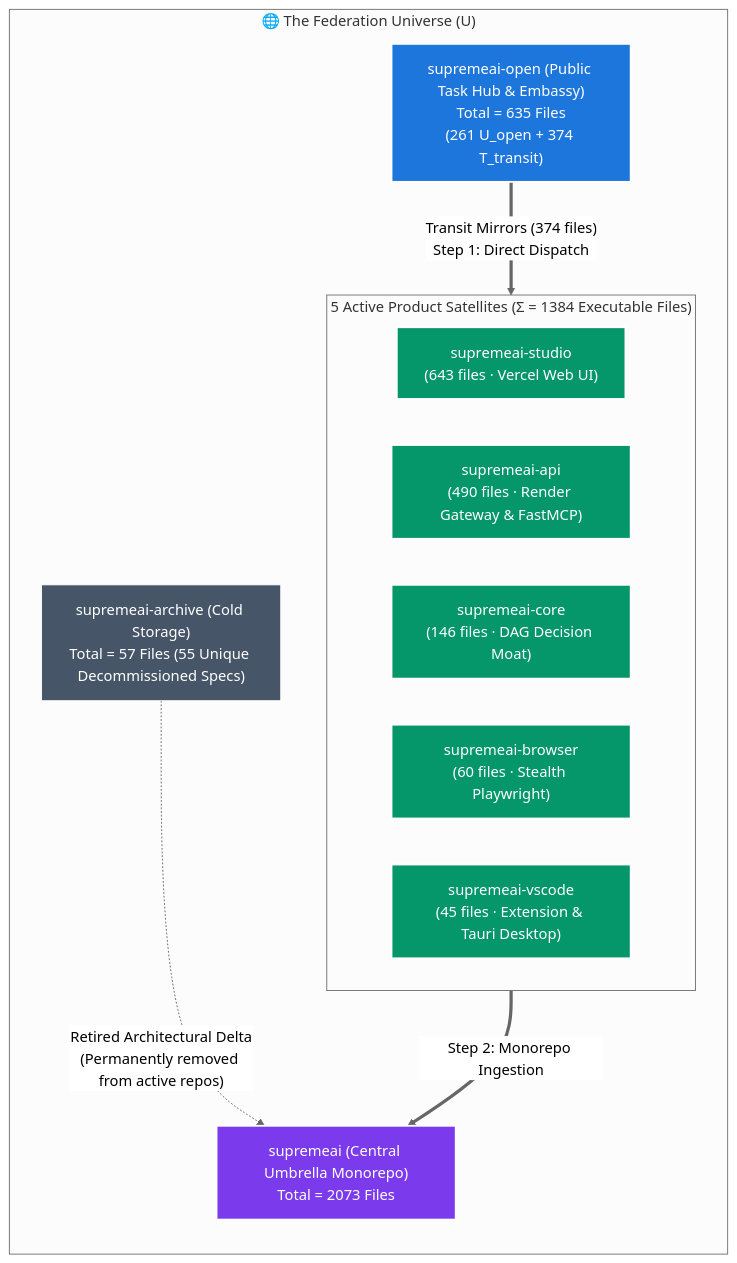
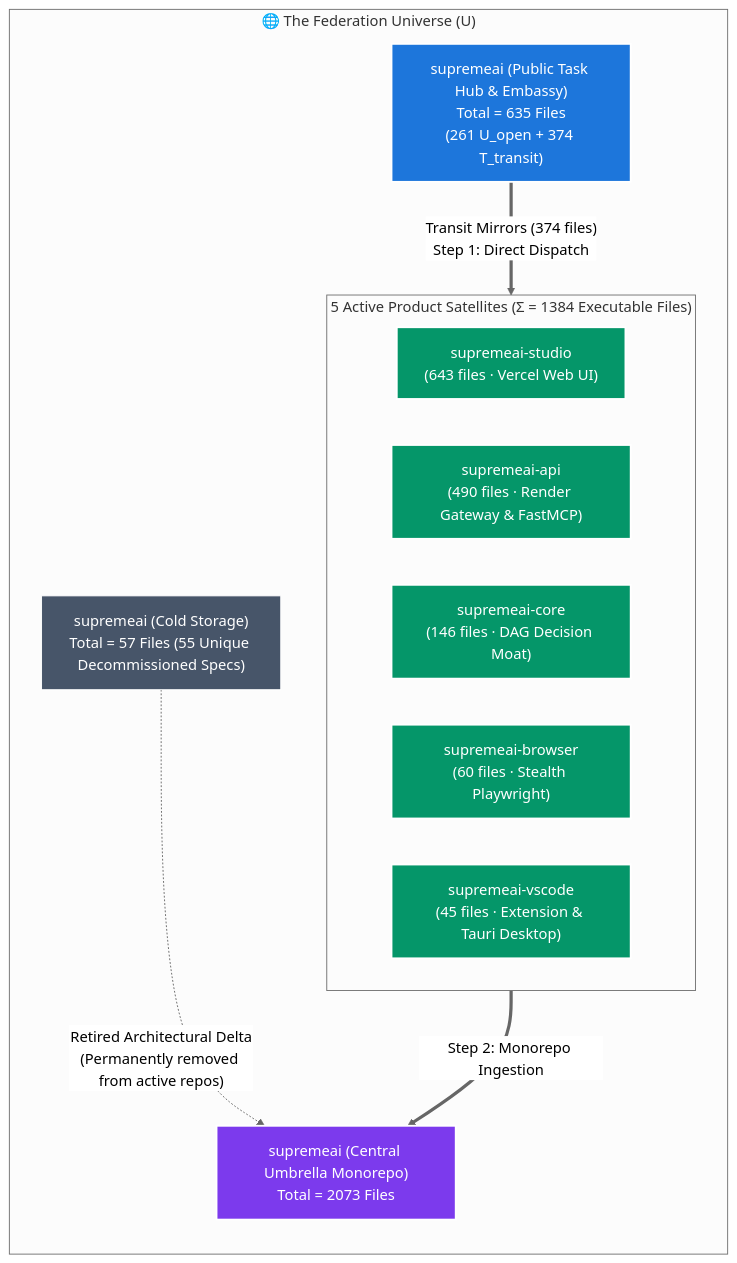
Before and after one commit to Supremeai-bd/supremeai: the first of 3 diagrams in README.md, drawn with Mermaid (neutral theme). The commit also changed other lines of this file and 142 other files, not shown here.

````diff
--- a/README.md
+++ b/README.md
@@ -29,31 +29,31 @@
 ```mermaid
 flowchart TD
     subgraph FEDERATION_UNIVERSE ["🌐 The Federation Universe (U)"]
         direction TB
-        OPEN["supremeai-open (Public Task Hub & Embassy)<br>Total = 635 Files<br>(261 U_open + 374 T_transit)"]
+        OPEN["supremeai (Public Task Hub & Embassy)<br>Total = 635 Files<br>(261 U_open + 374 T_transit)"]
         MONO["supremeai (Central Umbrella Monorepo)<br>Total = 2073 Files"]
         
         subgraph ACTIVE_SATS ["5 Active Product Satellites (Σ = 1384 Executable Files)"]
             S_STUDIO["supremeai-studio<br>(643 files · Vercel Web UI)"]
             S_API["supremeai-api<br>(490 files · Render Gateway & FastMCP)"]
             S_CORE["supremeai-core<br>(146 files · DAG Decision Moat)"]
             S_BROWSER["supremeai-browser<br>(60 files · Stealth Playwright)"]
             S_VSCODE["supremeai-vscode<br>(45 files · Extension & Tauri Desktop)"]
         end
 
-        ARCHIVE["supremeai-archive (Cold Storage)<br>Total = 57 Files (55 Unique Decommissioned Specs)"]
+        ARCHIVE["supremeai (Cold Storage)<br>Total = 57 Files (55 Unique Decommissioned Specs)"]
     end
 
     OPEN ==>|"Transit Mirrors (374 files)<br>Step 1: Direct Dispatch"| ACTIVE_SATS
     ACTIVE_SATS ==>|"Step 2: Monorepo Ingestion"| MONO
     ARCHIVE -.->|"Retired Architectural Delta<br>(Permanently removed from active repos)"| MONO
 
     classDef open fill:#1d76db,stroke:#fff,stroke-width:2px,color:#fff;
     classDef sats fill:#059669,stroke:#fff,stroke-width:2px,color:#fff;
     classDef mono fill:#7c3aed,stroke:#fff,stroke-width:2px,color:#fff;
     classDef archive fill:#475569,stroke:#fff,stroke-width:1px,color:#fff;
     class OPEN open;
     class S_STUDIO,S_API,S_CORE,S_BROWSER,S_VSCODE sats;
     class MONO mono;
     class ARCHIVE archive;
 ```
````
